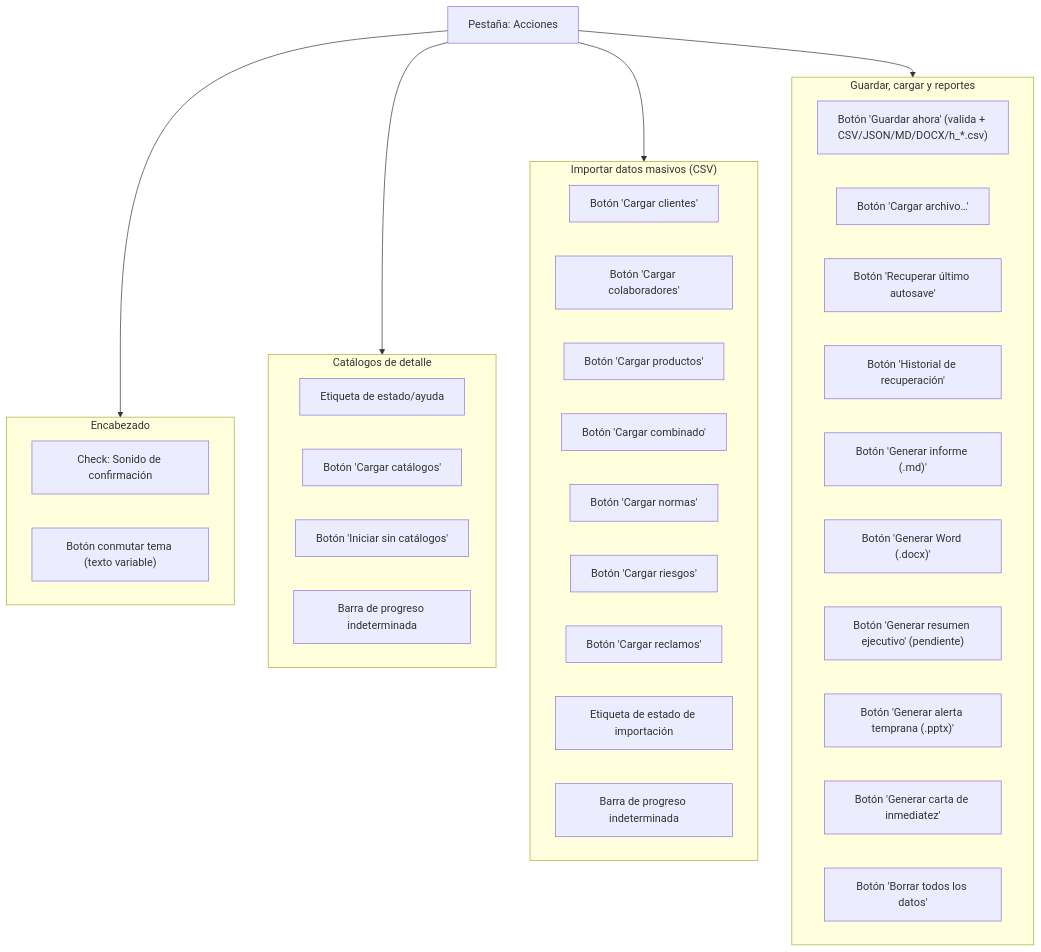
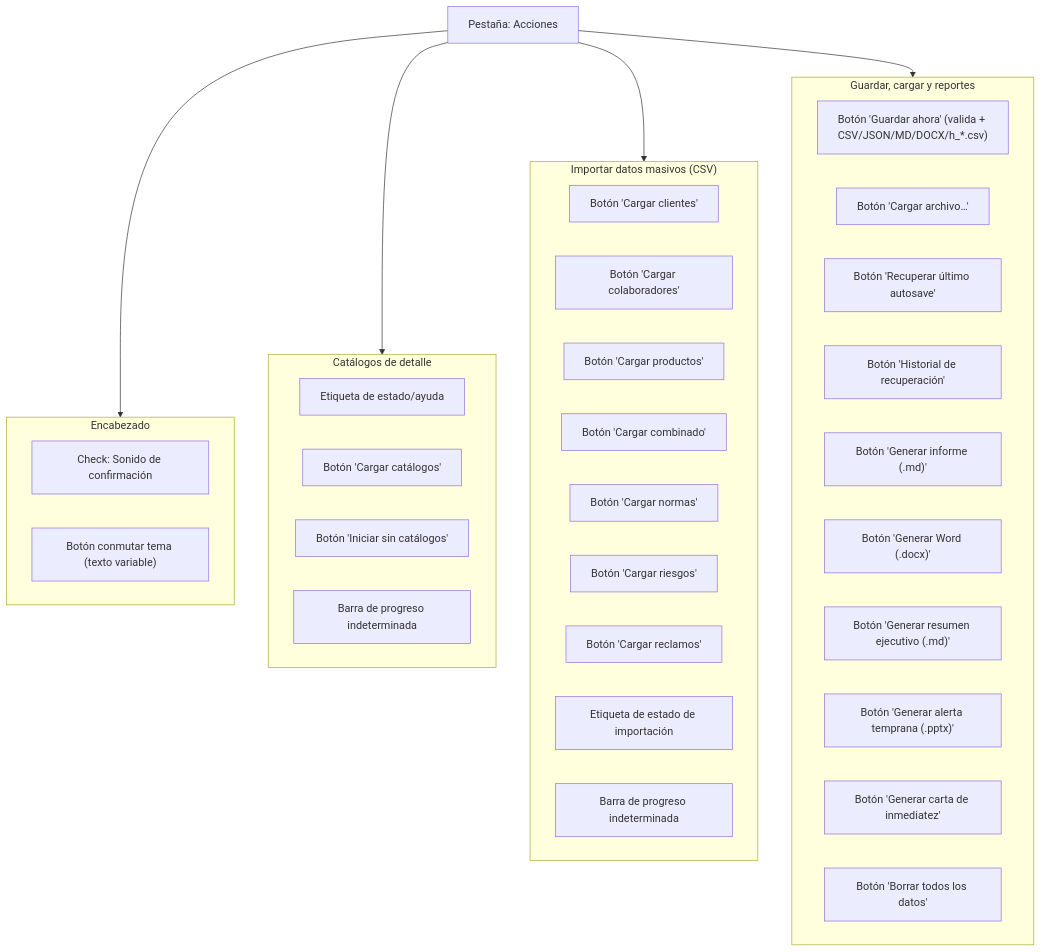
The diagram in wireframes/tab05_acciones.mmd (PillB/Formulario_investigacion), drawn with Mermaid before and after one commit. The commit also changed 13 other files, not shown here.

Commit message:
Add resumen ejecutivo report and update alerta temprana PPT

```diff
--- a/wireframes/tab05_acciones.mmd
+++ b/wireframes/tab05_acciones.mmd
@@ -1,43 +1,43 @@
 flowchart TB
     tab["Pestaña: Acciones"]
 
     subgraph header["Encabezado"]
         sonido["Check: Sonido de confirmación"]
         tema["Botón conmutar tema (texto variable)"]
     end
     tab --> header
 
     subgraph catalogos["Catálogos de detalle"]
         estado_catalogos["Etiqueta de estado/ayuda"]
         cargar_catalogos["Botón 'Cargar catálogos'"]
         iniciar_sin["Botón 'Iniciar sin catálogos'"]
         barra_catalogos["Barra de progreso indeterminada"]
     end
     tab --> catalogos
 
     subgraph importacion["Importar datos masivos (CSV)"]
         btn_clientes["Botón 'Cargar clientes'"]
         btn_colabs["Botón 'Cargar colaboradores'"]
         btn_productos["Botón 'Cargar productos'"]
         btn_combo["Botón 'Cargar combinado'"]
         btn_normas["Botón 'Cargar normas'"]
         btn_riesgos["Botón 'Cargar riesgos'"]
         btn_reclamos["Botón 'Cargar reclamos'"]
         estado_import["Etiqueta de estado de importación"]
         barra_import["Barra de progreso indeterminada"]
     end
     tab --> importacion
 
     subgraph acciones["Guardar, cargar y reportes"]
         guardar["Botón 'Guardar ahora' (valida + CSV/JSON/MD/DOCX/h_*.csv)"]
         cargar_archivo["Botón 'Cargar archivo…'"]
         autosave["Botón 'Recuperar último autosave'"]
         historial["Botón 'Historial de recuperación'"]
         export_md["Botón 'Generar informe (.md)'"]
         export_docx["Botón 'Generar Word (.docx)'"]
-        export_resumen["Botón 'Generar resumen ejecutivo' (pendiente)"]
+        export_resumen["Botón 'Generar resumen ejecutivo (.md)'"]
         export_ppt["Botón 'Generar alerta temprana (.pptx)'"]
         carta["Botón 'Generar carta de inmediatez'"]
         borrar["Botón 'Borrar todos los datos'"]
     end
     tab --> acciones
```
